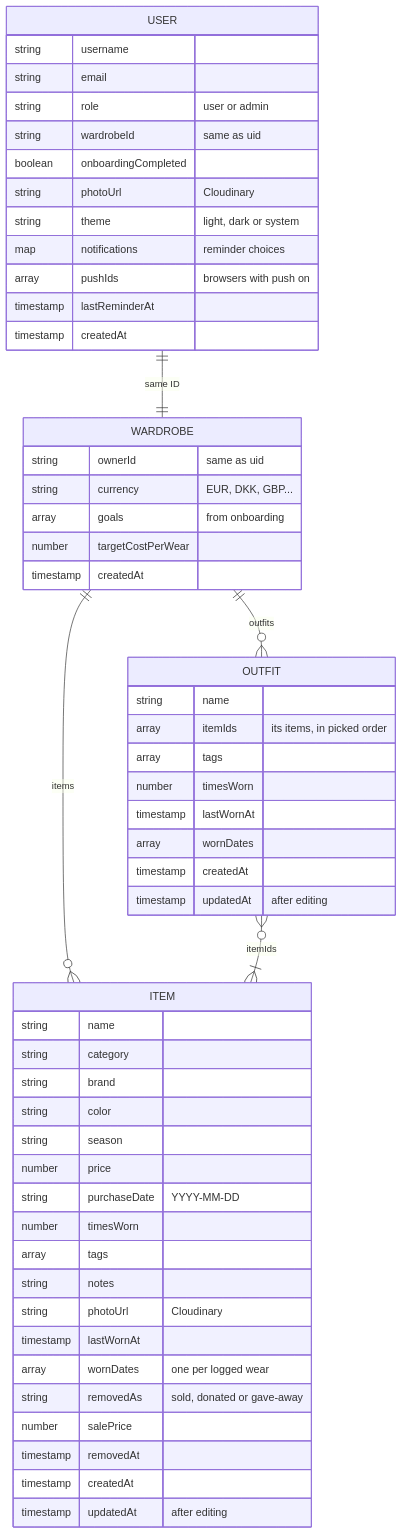
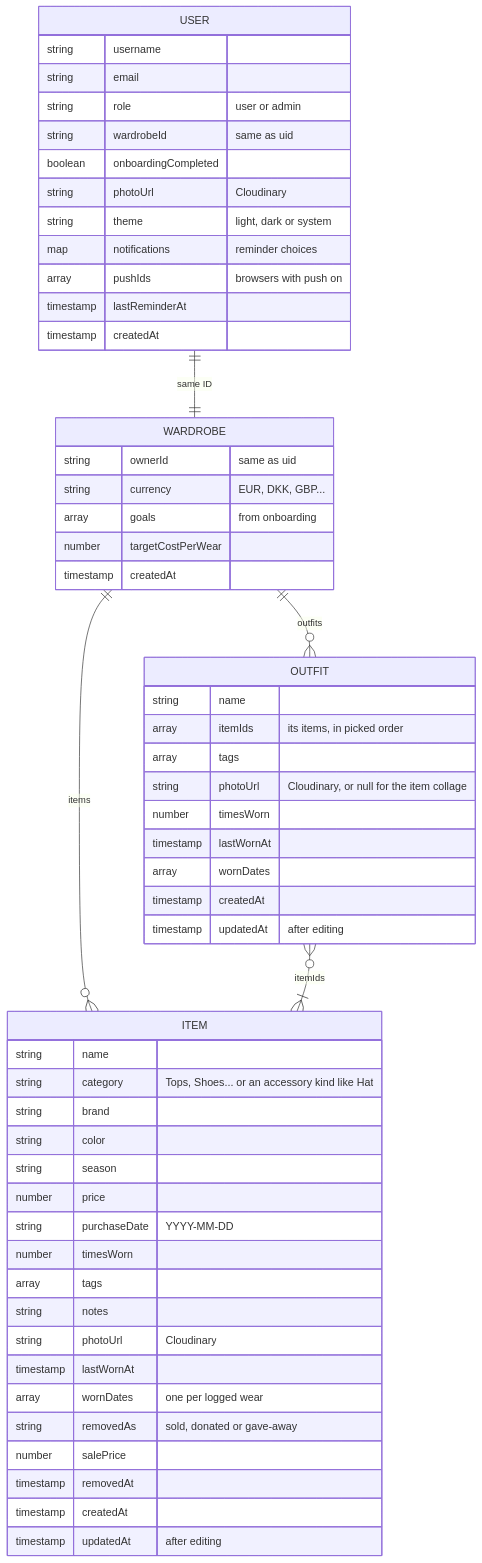
Before and after one commit to anetkabagetka/wearit: the second of 2 diagrams in README.md, drawn with Mermaid. The commit also changed other lines of this file, not shown here.

````diff
--- a/README.md
+++ b/README.md
@@ -123,58 +124,59 @@
 ```mermaid
 erDiagram
     USER ||--|| WARDROBE : "same ID"
     WARDROBE ||--o{ ITEM : "items"
     WARDROBE ||--o{ OUTFIT : "outfits"
     OUTFIT }o--|{ ITEM : "itemIds"
 
     USER {
         string username
         string email
         string role "user or admin"
         string wardrobeId "same as uid"
         boolean onboardingCompleted
         string photoUrl "Cloudinary"
         string theme "light, dark or system"
         map notifications "reminder choices"
         array pushIds "browsers with push on"
         timestamp lastReminderAt
         timestamp createdAt
     }
     WARDROBE {
         string ownerId "same as uid"
         string currency "EUR, DKK, GBP..."
         array goals "from onboarding"
         number targetCostPerWear
         timestamp createdAt
     }
     ITEM {
         string name
-        string category
+        string category "Tops, Shoes... or an accessory kind like Hat"
         string brand
         string color
         string season
         number price
         string purchaseDate "YYYY-MM-DD"
         number timesWorn
         array tags
         string notes
         string photoUrl "Cloudinary"
         timestamp lastWornAt
         array wornDates "one per logged wear"
         string removedAs "sold, donated or gave-away"
         number salePrice
         timestamp removedAt
         timestamp createdAt
         timestamp updatedAt "after editing"
     }
     OUTFIT {
         string name
         array itemIds "its items, in picked order"
         array tags
+        string photoUrl "Cloudinary, or null for the item collage"
         number timesWorn
         timestamp lastWornAt
         array wornDates
         timestamp createdAt
         timestamp updatedAt "after editing"
     }
 ```
````
